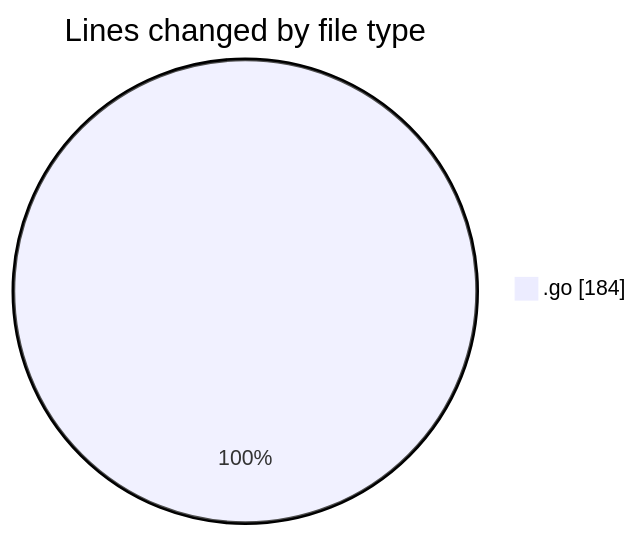
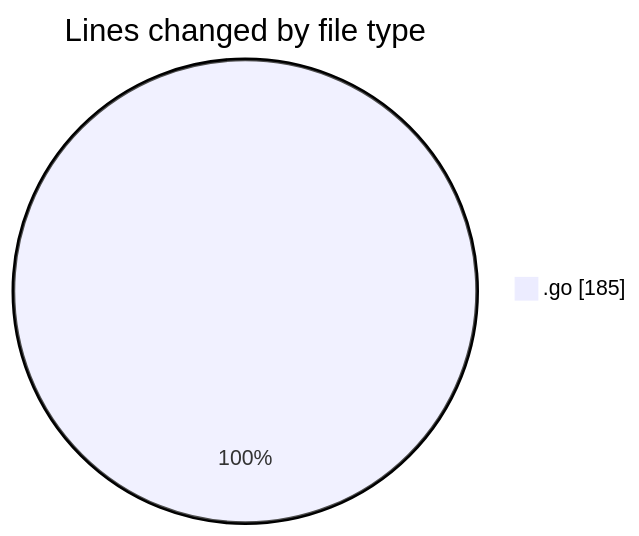
The first of 2 diagrams in 2025-03-06/termonied_testador/README.md (robertbonfada/code-tracking), drawn with Mermaid before and after one commit. The commit also changed other lines of this file and 1 other file, not shown here.

````diff
--- a/2025-03-06/termonied_testador/README.md
+++ b/2025-03-06/termonied_testador/README.md
@@ -20,5 +20,5 @@
 ```mermaid
 pie showData
 title Lines changed by file type
-".go" : 184
+".go" : 185
 ```
````
